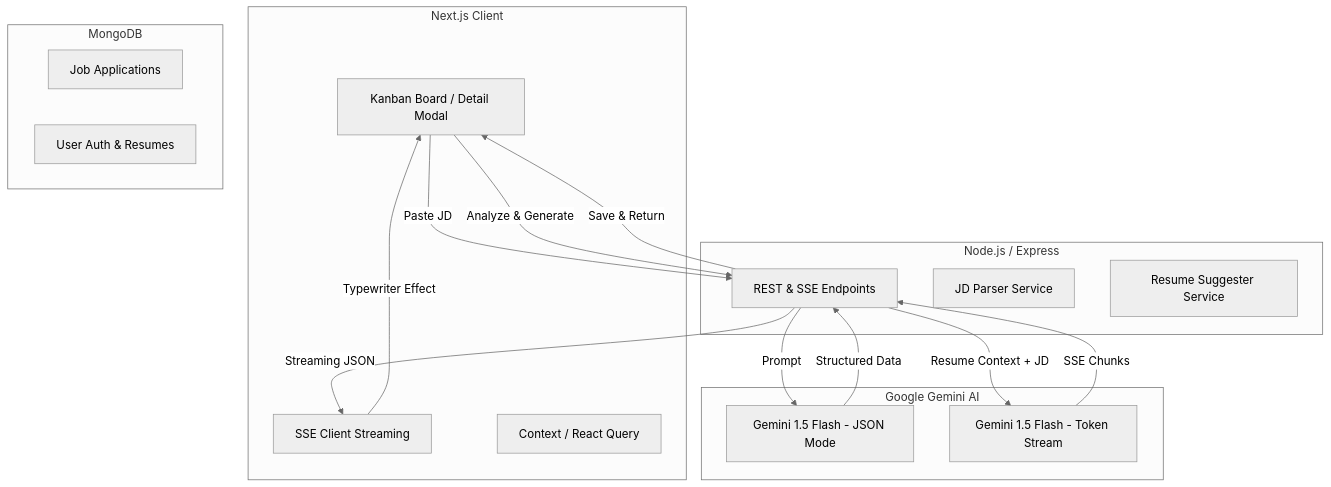
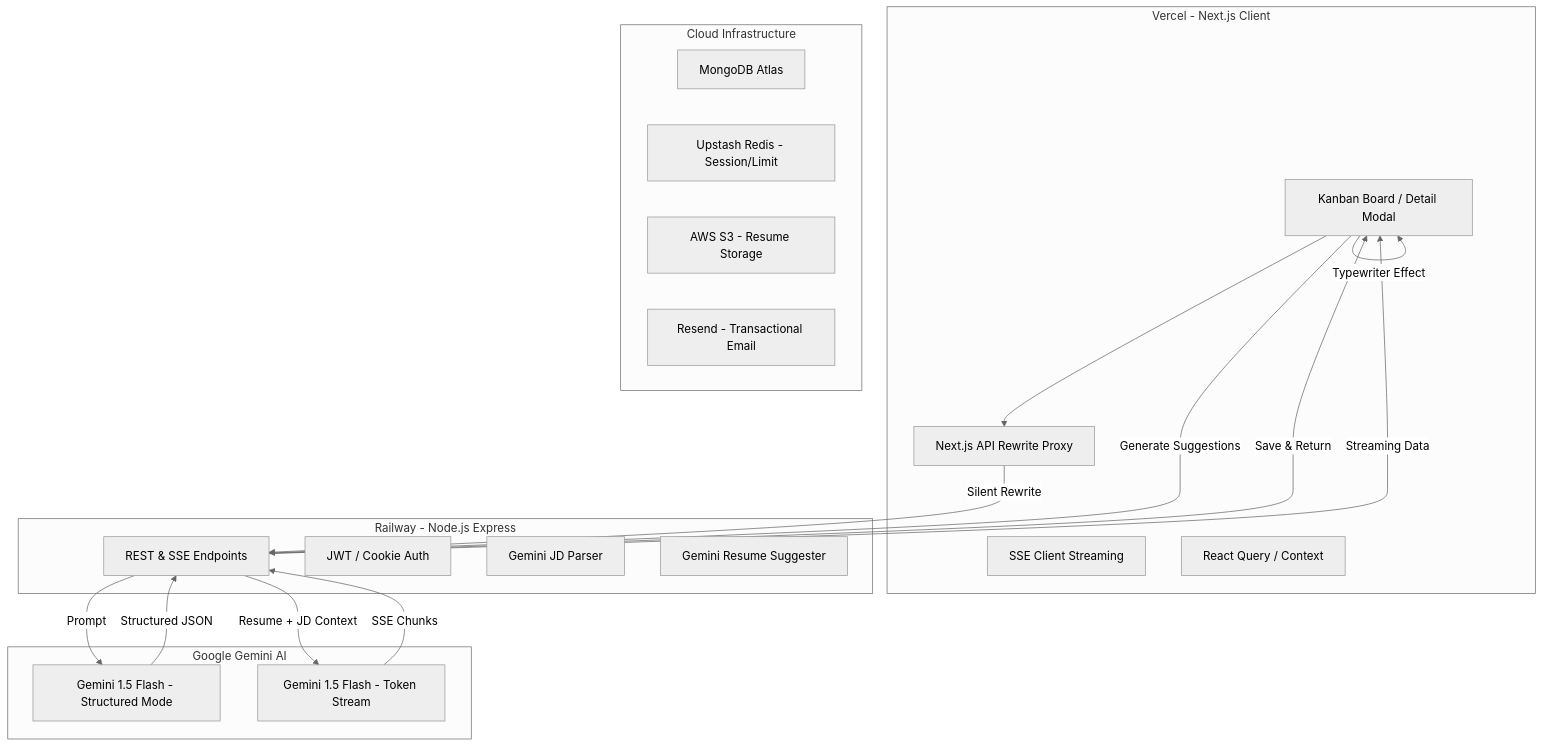
Before and after one commit to anuj18x0/ai-job-tracker: the diagram in README.md, drawn with Mermaid (neutral theme). The commit also changed other lines of this file, not shown here.

````diff
--- a/README.md
+++ b/README.md
@@ -9,36 +9,41 @@
 ```mermaid
 graph TD
-    subgraph Frontend [Next.js Client]
+    subgraph Frontend [Vercel - Next.js Client]
         UI[Kanban Board / Detail Modal]
         SSE[SSE Client Streaming]
-        Store[Context / React Query]
+        Store[React Query / Context]
+        Proxy[Next.js API Rewrite Proxy]
     end
 
-    subgraph Backend [Node.js / Express]
+    subgraph Backend [Railway - Node.js Express]
         API[REST & SSE Endpoints]
-        parser[JD Parser Service]
-        suggester[Resume Suggester Service]
+        Auth[JWT / Cookie Auth]
+        parser[Gemini JD Parser]
+        suggester[Gemini Resume Suggester]
     end
 
     subgraph AI [Google Gemini AI]
-        JSON[Gemini 1.5 Flash - JSON Mode]
+        JSON[Gemini 1.5 Flash - Structured Mode]
         Stream[Gemini 1.5 Flash - Token Stream]
     end
 
-    subgraph Data [MongoDB]
-        Jobs[Job Applications]
-        Users[User Auth & Resumes]
+    subgraph Data [Cloud Infrastructure]
+        Mongo[MongoDB Atlas]
+        Redis[Upstash Redis - Session/Limit]
+        S3[AWS S3 - Resume Storage]
+        Resend[Resend - Transactional Email]
     end
 
     %% Flow
-    UI -->|Paste JD| API
+    UI --> Proxy
+    Proxy -->|Silent Rewrite| API
     API -->|Prompt| JSON
-    JSON -->|Structured Data| API
+    JSON -->|Structured JSON| API
     API -->|Save & Return| UI
 
-    UI -->|Analyze & Generate| API
-    API -->|Resume Context + JD| Stream
+    UI -->|Generate Suggestions| API
+    API -->|Resume + JD Context| Stream
     Stream -->|SSE Chunks| API
-    API -->|Streaming JSON| SSE
-    SSE -->|Typewriter Effect| UI
+    API -->|Streaming Data| UI
+    UI -->|Typewriter Effect| UI
 ```
````
